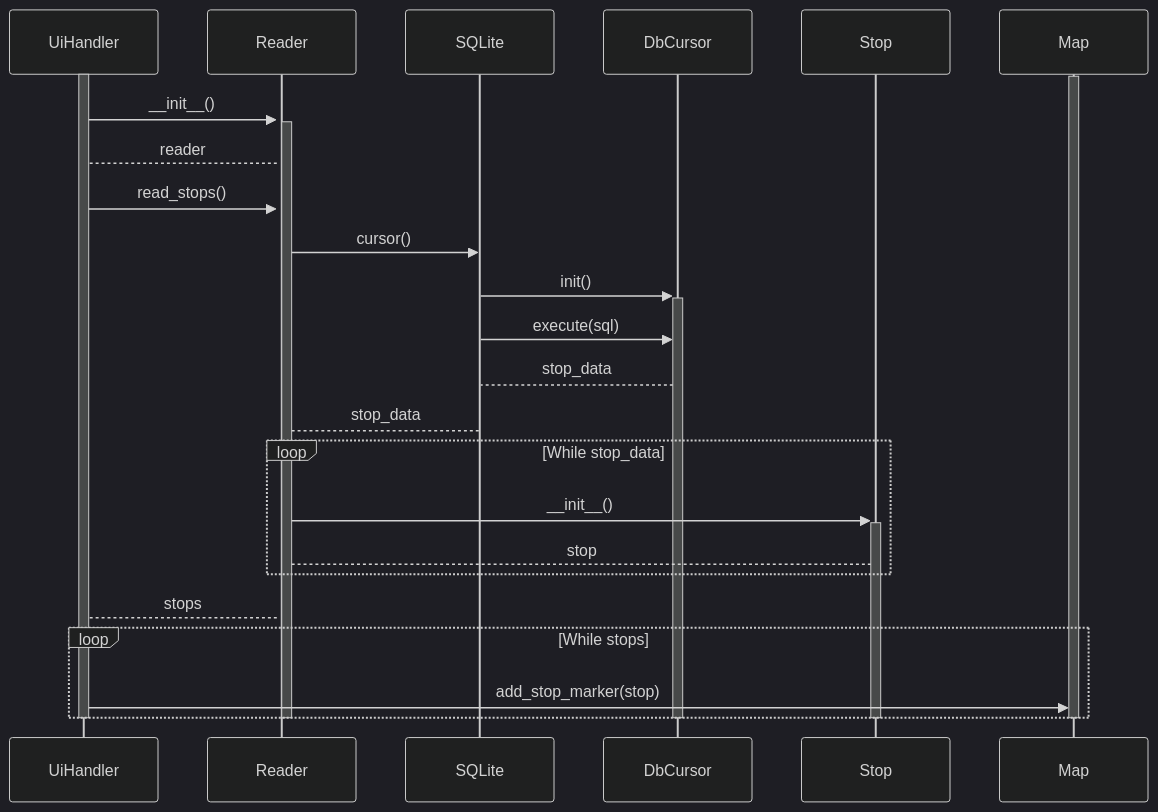
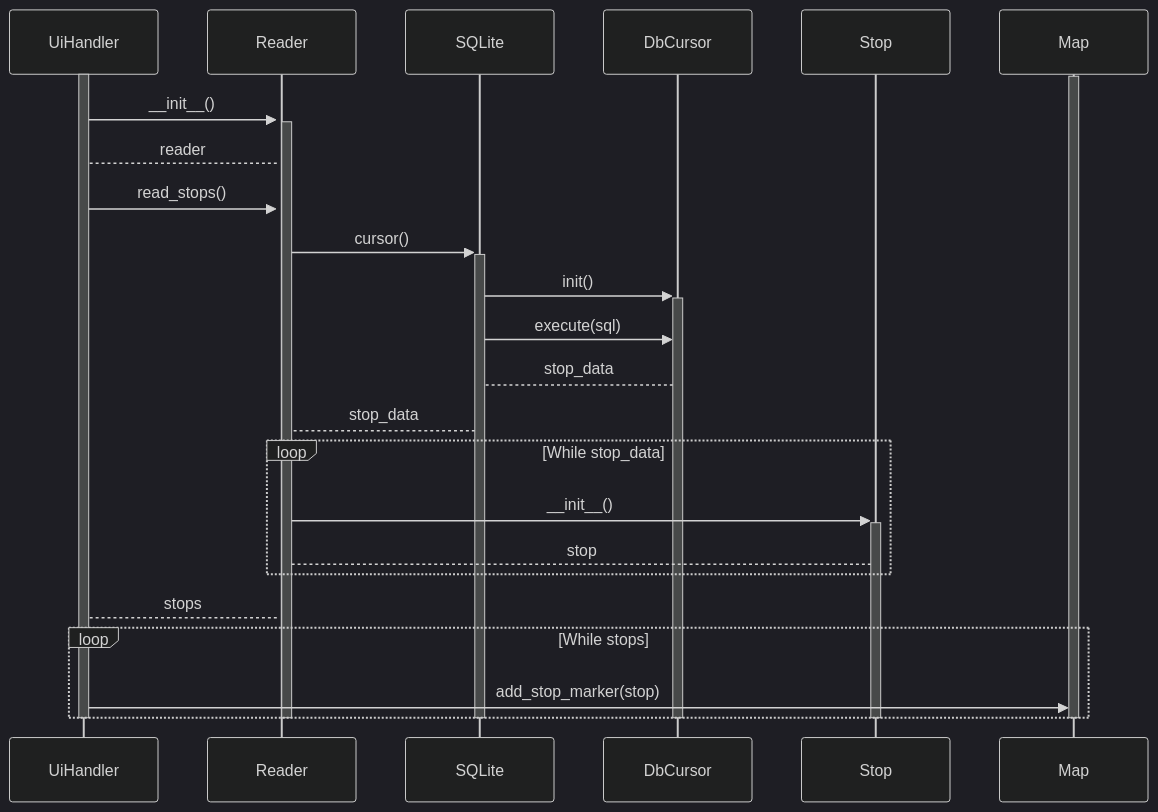
The first of 2 diagrams in harjoitustyo/dokumentaatio/arkkitehtuuri.md (jpirhel/ot-harjoitustyo), drawn with Mermaid (dark theme) before and after one commit.

Commit message:
Documentation: Fix architecture flow diagram

````diff
--- a/harjoitustyo/dokumentaatio/arkkitehtuuri.md
+++ b/harjoitustyo/dokumentaatio/arkkitehtuuri.md
@@ -25,43 +25,44 @@
 ```mermaid
 
 sequenceDiagram
 
 activate UiHandler
 
 activate Map
 
 UiHandler ->> +Reader: __init__()
 
 
 activate Reader
 Reader --> UiHandler: reader
 
 UiHandler ->> Reader: read_stops()
 
-Reader ->> SQLite: cursor()
+Reader ->> +SQLite: cursor()
 
 SQLite ->> +DbCursor: init()
 
 SQLite ->> DbCursor: execute(sql)
 DbCursor --> SQLite: stop_data
 
 SQLite --> Reader: stop_data
 
 loop While stop_data
     Reader ->> +Stop: __init__()
     Stop --> Reader: stop
 end
 
 Reader --> UiHandler: stops
 
 loop While stops
     UiHandler ->> Map: add_stop_marker(stop)   
 end
 
 deactivate Reader
 deactivate Map
 deactivate UiHandler
 deactivate DbCursor
 deactivate Stop
+deactivate SQLite
 
 ```
````
